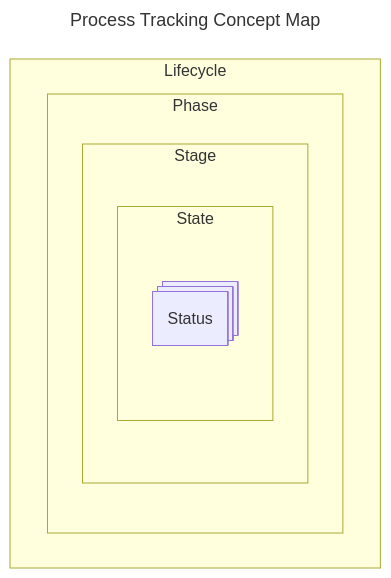
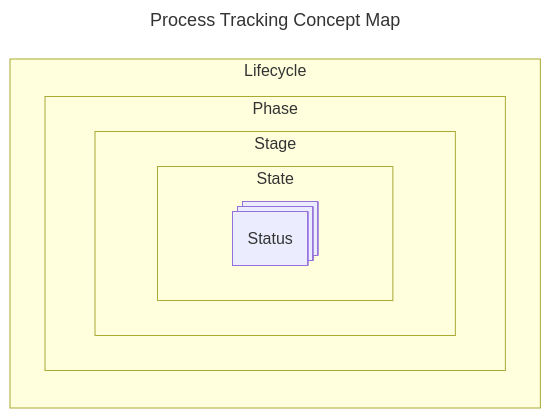
The second of 2 diagrams in docs/intro/terminology.md (bcgov/nr-pies), drawn with Mermaid before and after one commit. The commit also changed 3 other files, not shown here.

First line of the commit message:
Drop old "core" schema

````diff
--- a/docs/intro/terminology.md
+++ b/docs/intro/terminology.md
@@ -134,18 +134,18 @@
 ```mermaid
 ---
 title: Process Tracking Concept Map
 ---
-flowchart TB
+flowchart LR
   Status@{ shape: processes }
 
   subgraph Lifecycle
     subgraph Phase
       subgraph Stage
         subgraph State
           Status
         end
       end
     end
   end
 
 ```
````
